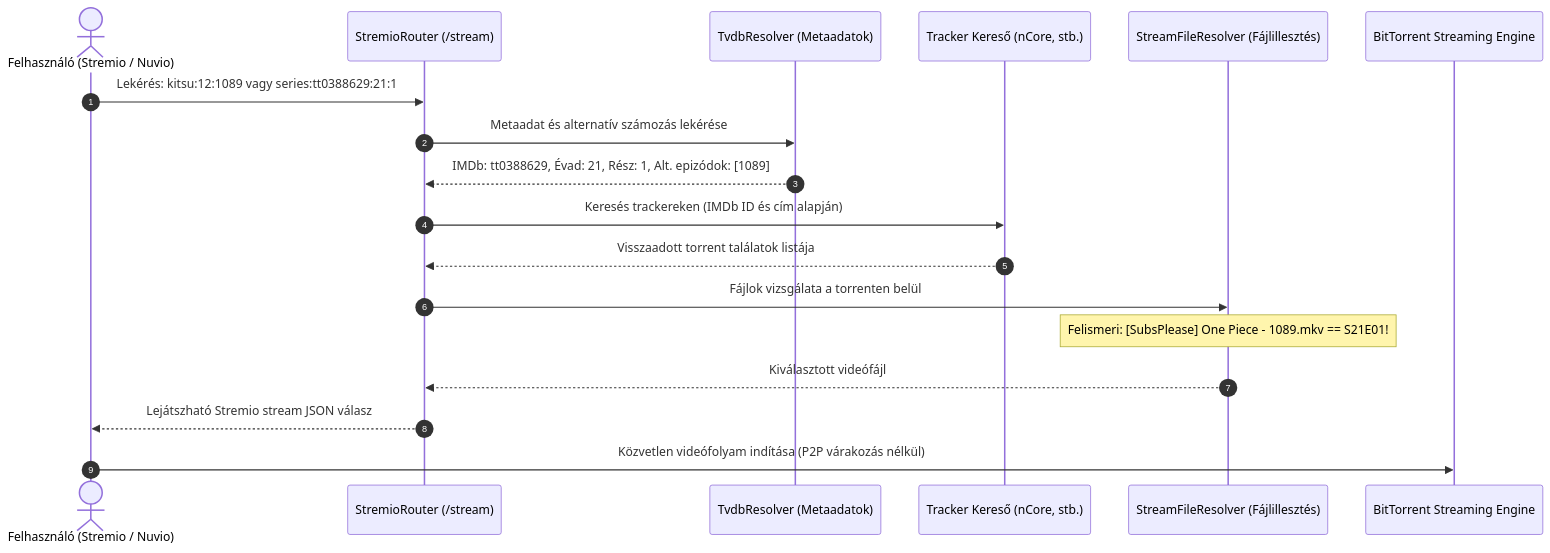
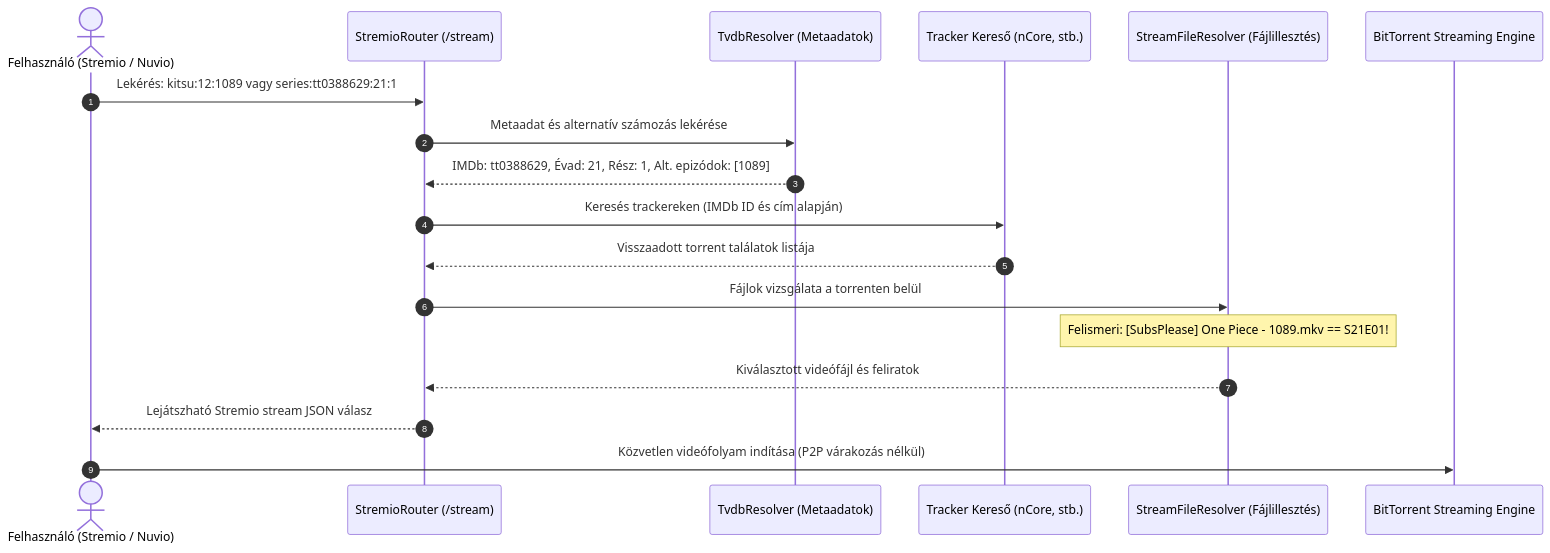
One commit to Levfero/stremhu-source-VibeCodedEdition changed the second of 2 diagrams in README.md. Above: the diagram before and after it, drawn with Mermaid. The commit also changed other lines of this file, not shown here.

Commit message:
docs: add Noragami S02E03 subtitle workflow and One Piece diagrams to README

````diff
--- a/README.md
+++ b/README.md
@@ -91,21 +88,21 @@
 ```mermaid
 sequenceDiagram
     autonumber
     actor User as Felhasználó (Stremio / Nuvio)
     participant API as StremioRouter (/stream)
     participant TVDB as TvdbResolver (Metaadatok)
     participant Indexer as Tracker Kereső (nCore, stb.)
     participant Resolver as StreamFileResolver (Fájlillesztés)
     participant Engine as BitTorrent Streaming Engine
 
     User->>API: Lekérés: kitsu:12:1089 vagy series:tt0388629:21:1
     API->>TVDB: Metaadat és alternatív számozás lekérése
     TVDB-->>API: IMDb: tt0388629, Évad: 21, Rész: 1, Alt. epizódok: [1089]
     API->>Indexer: Keresés trackereken (IMDb ID és cím alapján)
     Indexer-->>API: Visszaadott torrent találatok listája
     API->>Resolver: Fájlok vizsgálata a torrenten belül
     Note over Resolver: Felismeri: [SubsPlease] One Piece - 1089.mkv == S21E01!
-    Resolver-->>API: Kiválasztott videófájl
+    Resolver-->>API: Kiválasztott videófájl és feliratok
     API-->>User: Lejátszható Stremio stream JSON válasz
     User->>Engine: Közvetlen videófolyam indítása (P2P várakozás nélkül)
 ```
````
